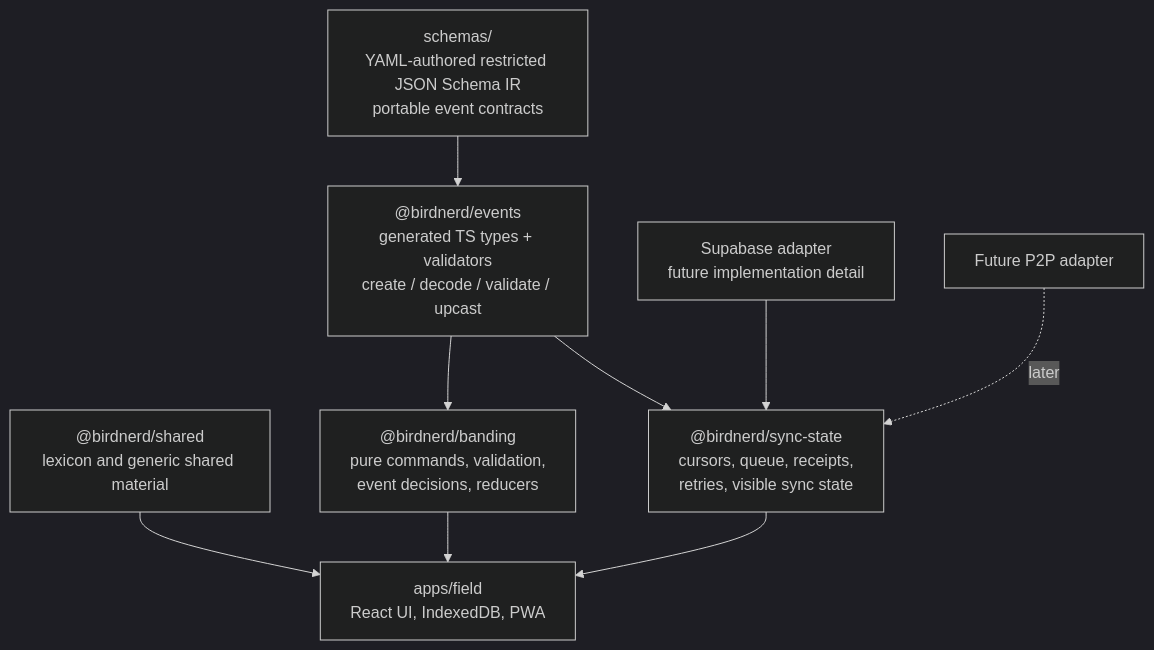
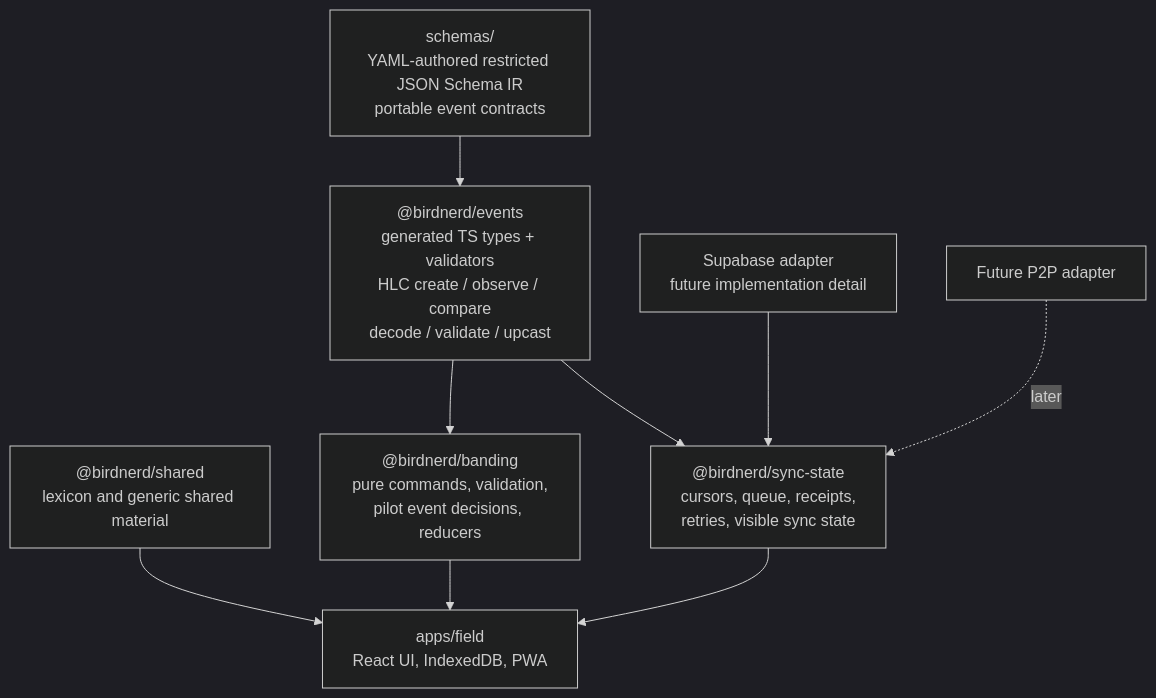
The second of 3 diagrams in docs/adr/0016-event-sourced-collaboration-architecture-diagrams.md (kenshih/birdnerd), drawn with Mermaid (dark theme) before and after one commit. The commit also changed other lines of this file and 8 other files, not shown here.

````diff
--- a/docs/adr/0016-event-sourced-collaboration-architecture-diagrams.md
+++ b/docs/adr/0016-event-sourced-collaboration-architecture-diagrams.md
@@ -41,22 +41,22 @@
 ```mermaid
 flowchart TB
   Schemas["schemas/<br/>YAML-authored restricted JSON Schema IR<br/>portable event contracts"]
 
-  Events["@birdnerd/events<br/>generated TS types + validators<br/>create / decode / validate / upcast"]
-  Banding["@birdnerd/banding<br/>pure commands, validation,<br/>event decisions, reducers"]
+  Events["@birdnerd/events<br/>generated TS types + validators<br/>HLC create / observe / compare<br/>decode / validate / upcast"]
+  Banding["@birdnerd/banding<br/>pure commands, validation,<br/>pilot event decisions, reducers"]
   Sync["@birdnerd/sync-state<br/>cursors, queue, receipts,<br/>retries, visible sync state"]
   Shared["@birdnerd/shared<br/>lexicon and generic shared material"]
 
   Field["apps/field<br/>React UI, IndexedDB, PWA"]
   Supabase["Supabase adapter<br/>future implementation detail"]
   P2P["Future P2P adapter"]
 
   Schemas --> Events
   Events --> Banding
   Events --> Sync
   Shared --> Field
   Banding --> Field
   Sync --> Field
   Supabase --> Sync
   P2P -. later .-> Sync
 ```
````
